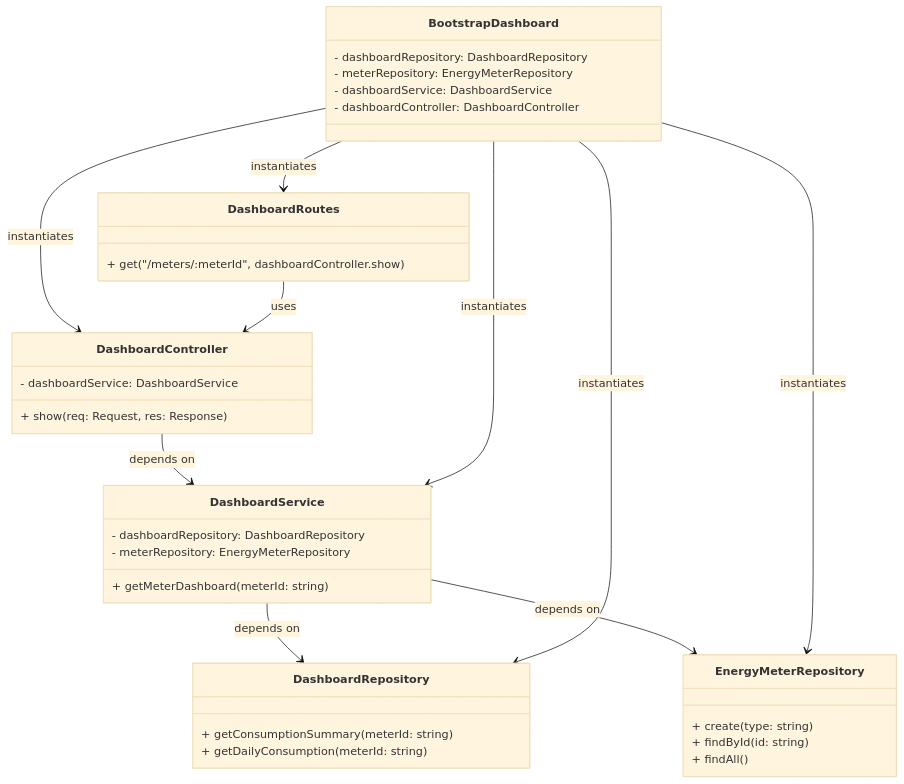
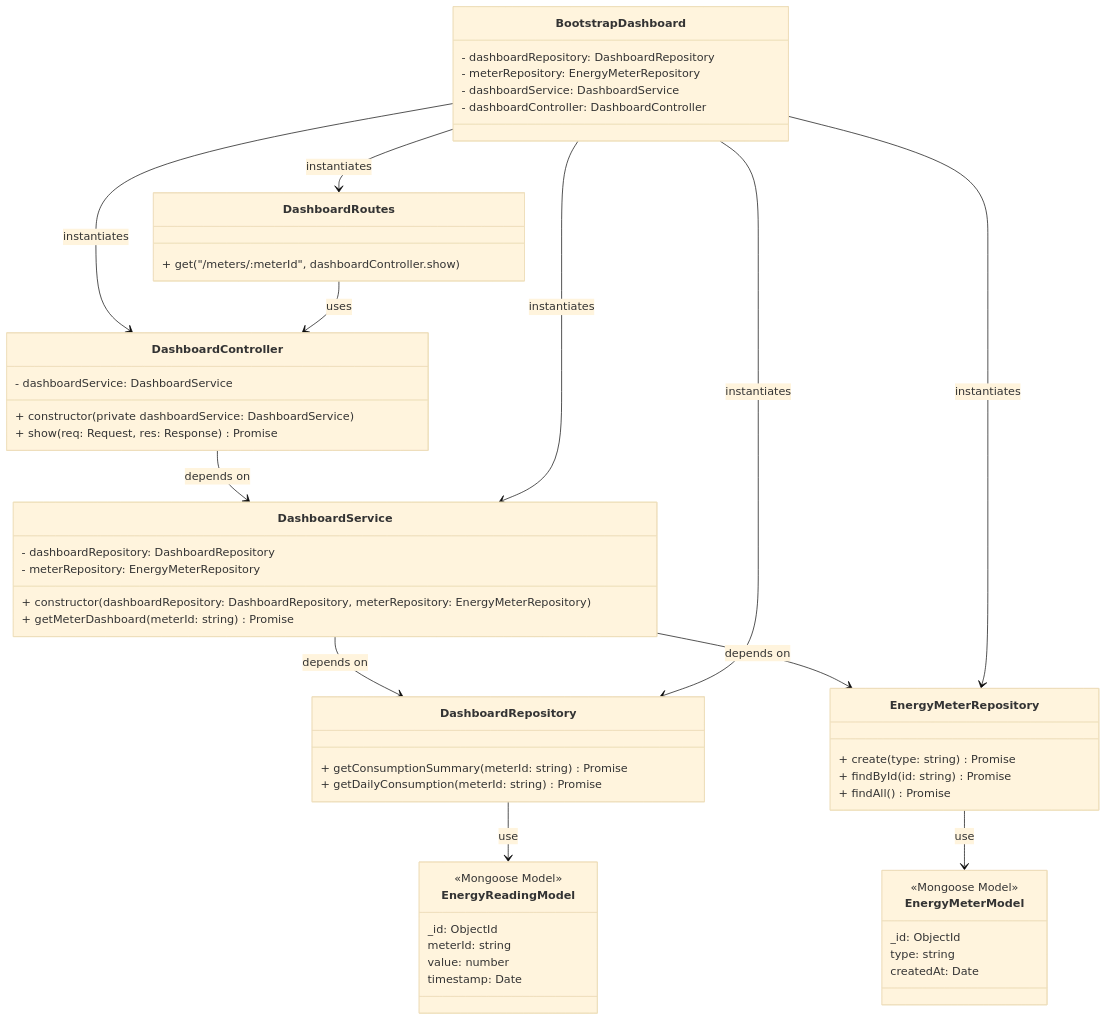
One commit to rubensrabelo/gestao-de-consumo-de-energia changed the tenth of 14 diagrams in docs/report_rubens_rabelo.md. Above: the diagram before and after it, drawn with Mermaid (base theme). The commit also changed other lines of this file and 2 other files, not shown here.

````diff
--- a/docs/report_rubens_rabelo.md
+++ b/docs/report_rubens_rabelo.md
@@ -747,48 +815,67 @@
 ```mermaid
 classDiagram
     class DashboardController {
         - dashboardService: DashboardService
-        + show(req: Request, res: Response)
+        + constructor(private dashboardService: DashboardService)
+        + show(req: Request, res: Response) Promise
     }
 
     class DashboardService {
         - dashboardRepository: DashboardRepository
         - meterRepository: EnergyMeterRepository
-        + getMeterDashboard(meterId: string)
+        + constructor(dashboardRepository: DashboardRepository, meterRepository: EnergyMeterRepository)
+        + getMeterDashboard(meterId: string) Promise
     }
 
     class DashboardRepository {
-        + getConsumptionSummary(meterId: string)
-        + getDailyConsumption(meterId: string)
+        + getConsumptionSummary(meterId: string) Promise
+        + getDailyConsumption(meterId: string) Promise
     }
 
     class EnergyMeterRepository {
-        + create(type: string)
-        + findById(id: string)
-        + findAll()
+        + create(type: string) Promise
+        + findById(id: string) Promise
+        + findAll() Promise
     }
 
     class BootstrapDashboard {
         - dashboardRepository: DashboardRepository
         - meterRepository: EnergyMeterRepository
         - dashboardService: DashboardService
         - dashboardController: DashboardController
     }
 
     class DashboardRoutes {
         + get("/meters/:meterId", dashboardController.show)
     }
 
+    class EnergyReadingModel {
+        <<Mongoose Model>>
+        _id: ObjectId
+        meterId: string
+        value: number
+        timestamp: Date
+    }
+
+    class EnergyMeterModel {
+        <<Mongoose Model>>
+        _id: ObjectId
+        type: string
+        createdAt: Date
+    }
+
     BootstrapDashboard --> DashboardRoutes : instantiates
 
     DashboardController --> DashboardService : depends on
     DashboardService --> DashboardRepository : depends on
+    DashboardRepository --> EnergyReadingModel : use
     DashboardService --> EnergyMeterRepository : depends on
+    EnergyMeterRepository --> EnergyMeterModel : use
 
     BootstrapDashboard --> DashboardRepository : instantiates
     BootstrapDashboard --> EnergyMeterRepository : instantiates
     BootstrapDashboard --> DashboardService : instantiates
     BootstrapDashboard --> DashboardController : instantiates
 
     DashboardRoutes --> DashboardController : uses
 ```
````
